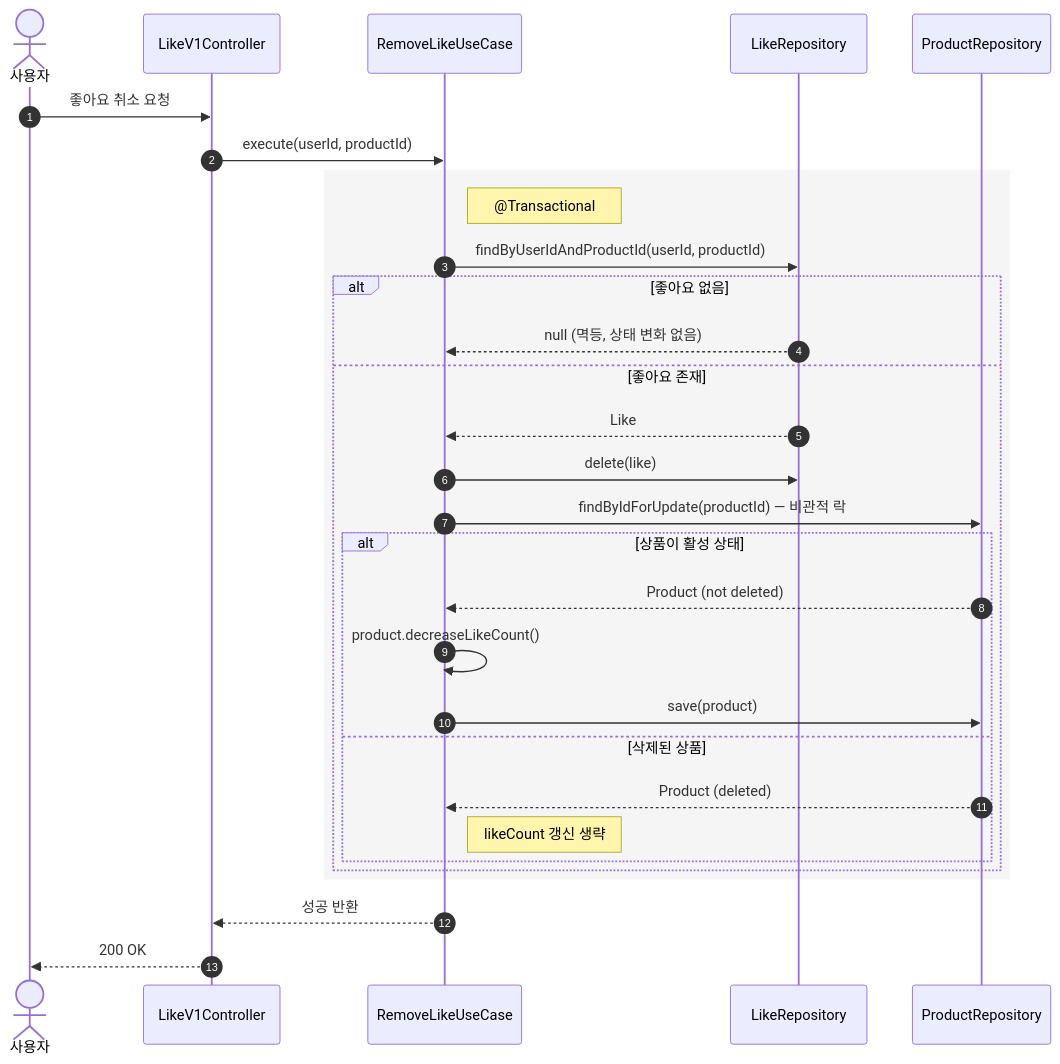
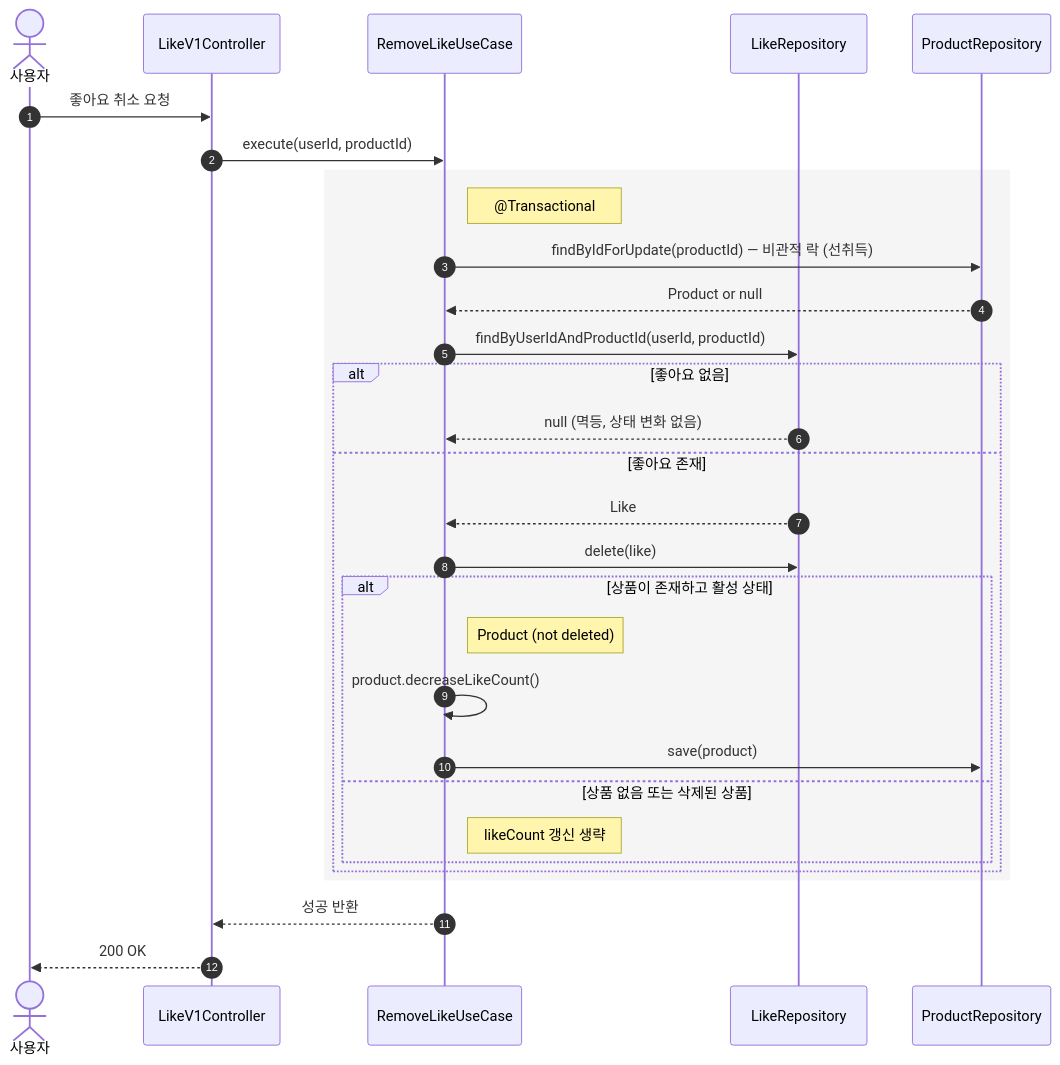
Diagram 17 of 30 in docs/design/02-sequence-diagrams.md (Loopers-dev-lab/loop-pack-be-l2-vol3-kotlin), drawn with Mermaid before and after one commit. The commit also changed other lines of this file and 5 other files, not shown here.

````diff
--- a/docs/design/02-sequence-diagrams.md
+++ b/docs/design/02-sequence-diagrams.md
@@ -475,34 +475,34 @@
 ```mermaid
 sequenceDiagram
     autonumber
     actor User as 사용자
     participant C as LikeV1Controller
     participant UC as RemoveLikeUseCase
     participant LR as LikeRepository
     participant PR as ProductRepository
     User ->> C: 좋아요 취소 요청
     C ->> UC: execute(userId, productId)
 
     rect rgb(245, 245, 245)
         Note right of UC: @Transactional
+        UC ->> PR: findByIdForUpdate(productId) — 비관적 락 (선취득)
+        PR -->> UC: Product or null
         UC ->> LR: findByUserIdAndProductId(userId, productId)
         alt 좋아요 없음
             LR -->> UC: null (멱등, 상태 변화 없음)
         else 좋아요 존재
             LR -->> UC: Like
             UC ->> LR: delete(like)
-            UC ->> PR: findByIdForUpdate(productId) — 비관적 락
-            alt 상품이 활성 상태
-                PR -->> UC: Product (not deleted)
+            alt 상품이 존재하고 활성 상태
+                Note right of UC: Product (not deleted)
                 UC ->> UC: product.decreaseLikeCount()
                 UC ->> PR: save(product)
-            else 삭제된 상품
-                PR -->> UC: Product (deleted)
+            else 상품 없음 또는 삭제된 상품
                 Note right of UC: likeCount 갱신 생략
             end
         end
     end
 
     UC -->> C: 성공 반환
     C -->> User: 200 OK
 ```
````
